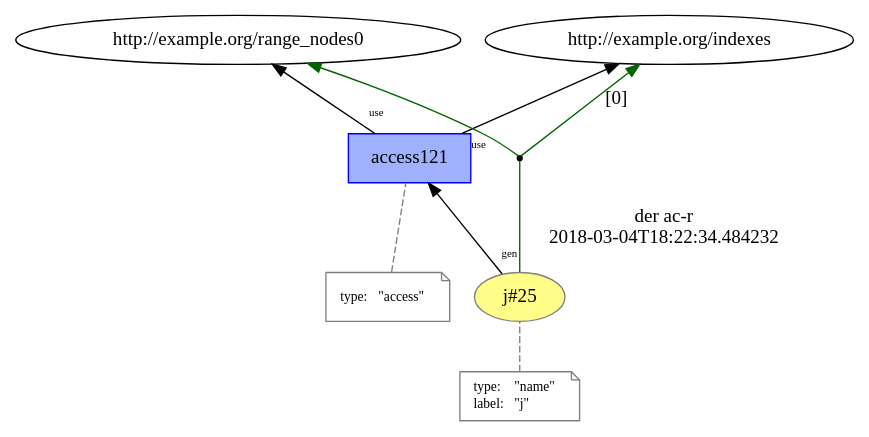
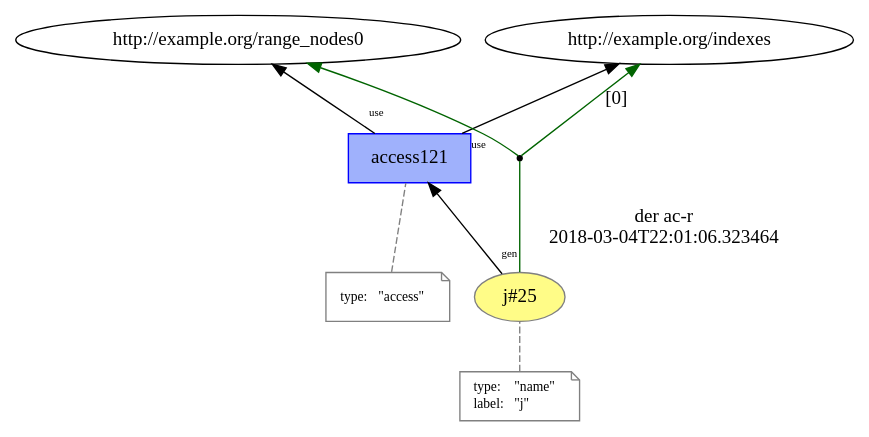
Before and after one commit to dew-uff/versioned-prov: the diagram in images/intertwined_prov/temp/L13__loop_access_25.dot, drawn with Graphviz. The commit also changed 368 other files, not shown here.

```diff
--- a/images/intertwined_prov/temp/L13__loop_access_25.dot
+++ b/images/intertwined_prov/temp/L13__loop_access_25.dot
@@ -1,30 +1,30 @@
 digraph "PROV" { size="16,12"; rankdir="BT";
 "http://example.org/j#25" [fillcolor="#FFFC87",color="#808080",style="filled",label="j#25",URL="http://example.org/j#25"]
 "-attrs0" [color="gray",shape="note",fontsize="10",fontcolor="black",label=<<TABLE cellpadding="0" border="0">
 	<TR>
 	    <TD align="left">type:</TD>
 	    <TD align="left">&quot;name&quot;</TD>
 	</TR>
 	<TR>
 	    <TD align="left">label:</TD>
 	    <TD align="left">&quot;j&quot;</TD>
 	</TR>
 </TABLE>>]
 "-attrs0" -> "http://example.org/j#25" [color="gray",style="dashed",arrowhead="none"]
 "http://example.org/access121" [fillcolor="#9FB1FC",color="#0000FF",shape="polygon",sides="4",style="filled",label="access121",URL="http://example.org/access121"]
 "-attrs1" [color="gray",shape="note",fontsize="10",fontcolor="black",label=<<TABLE cellpadding="0" border="0">
 	<TR>
 	    <TD align="left">type:</TD>
 	    <TD align="left">&quot;access&quot;</TD>
 	</TR>
 </TABLE>>]
 "-attrs1" -> "http://example.org/access121" [color="gray",style="dashed",arrowhead="none"]
 "http://example.org/access121" -> "http://example.org/range_nodes0" [labelfontsize="8",labeldistance="1.5",labelangle="60.0",rotation="20",taillabel="use"]
 "bn0" [shape="point",label=""]
 "http://example.org/j#25" -> "bn0" [arrowhead="none",color="darkgreen",label="der ac-r
-2018-03-04T18:22:34.484232"]
+2018-03-04T22:01:06.323464"]
 "bn0" -> "http://example.org/indexes" [labelfontsize="8",labeldistance="1.5",color="darkgreen",labelangle="60.0",rotation="20",label="[0]"]
 "bn0" -> "http://example.org/range_nodes0" [color="darkgreen"]
 "http://example.org/j#25" -> "http://example.org/access121" [labelfontsize="8",labeldistance="1.5",labelangle="60.0",rotation="20",taillabel="gen"]
 "http://example.org/access121" -> "http://example.org/indexes" [labelfontsize="8",labeldistance="1.5",labelangle="60.0",rotation="20",taillabel="use"]
 }
```
